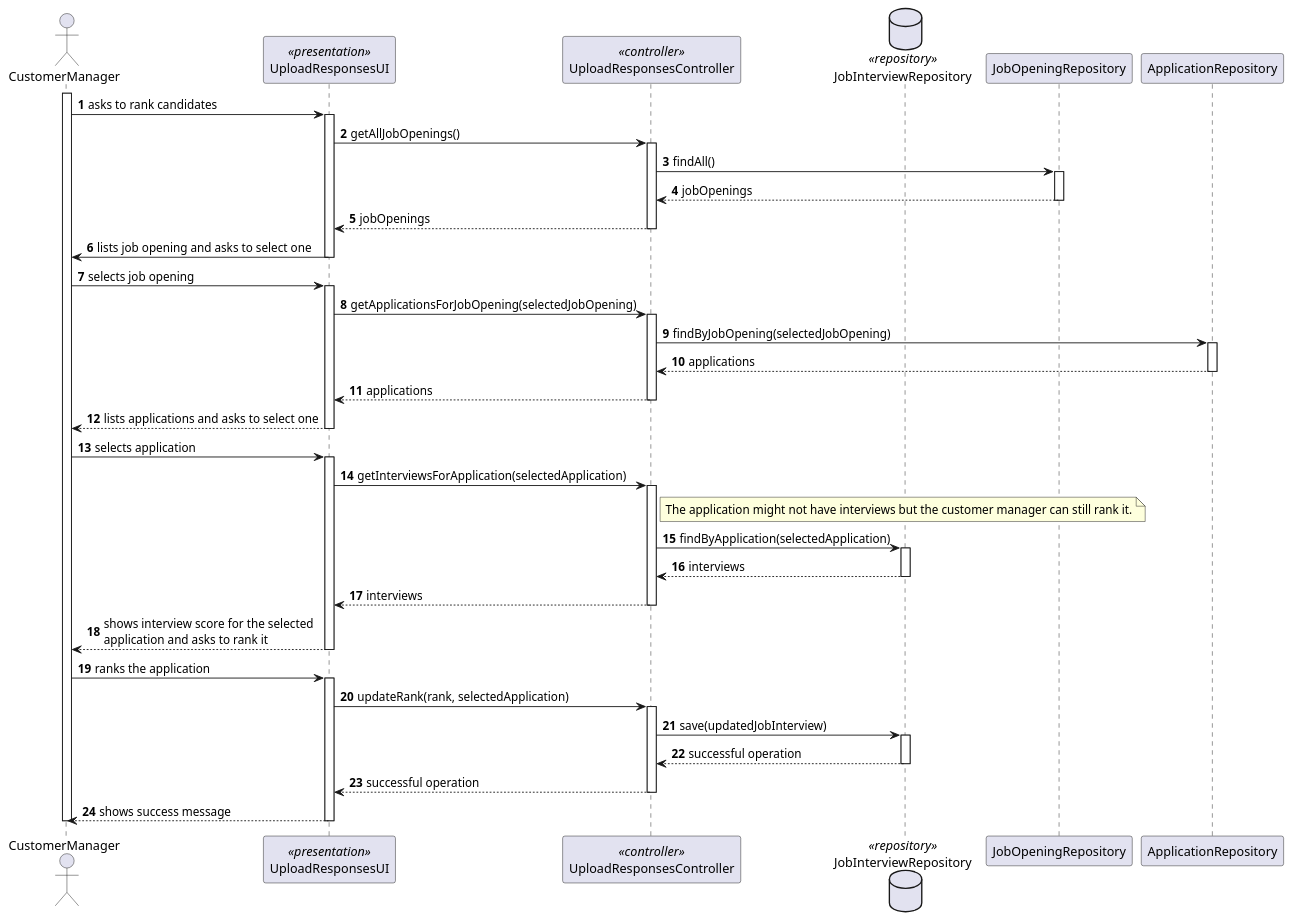
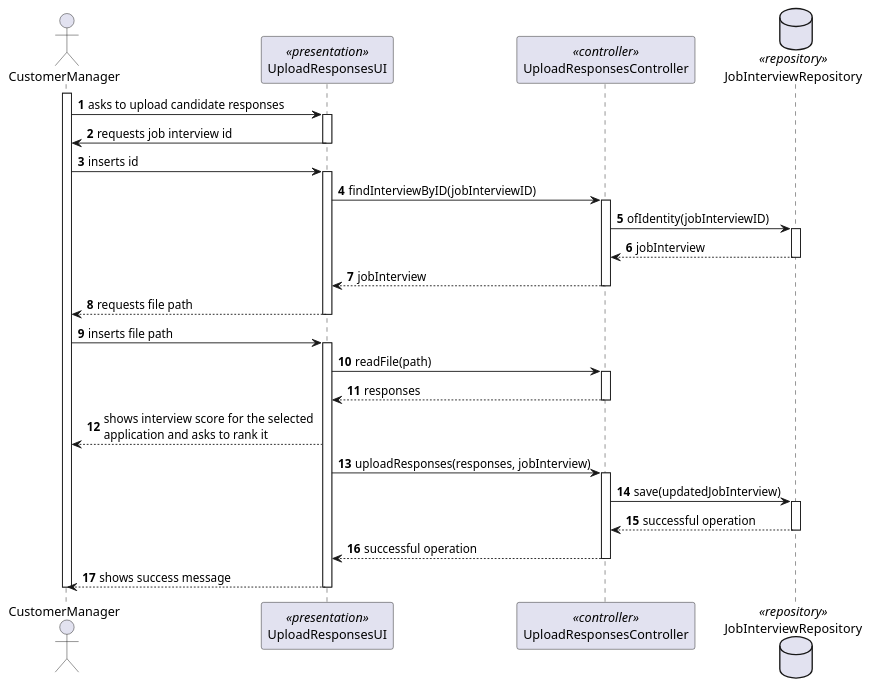
The diagram in docs/SprintC/upload-text-file-with-responses/sequence-diagram.puml (MiguelCardoso77/LAPR4), drawn with PlantUML before and after one commit. The commit also changed 2 other files, not shown here.

```diff
--- a/docs/SprintC/upload-text-file-with-responses/sequence-diagram.puml
+++ b/docs/SprintC/upload-text-file-with-responses/sequence-diagram.puml
@@ -1,89 +1,65 @@
 @startuml
 autonumber
 
 actor CustomerManager
 
 participant UploadResponsesUI <<presentation>>
 participant UploadResponsesController <<controller>>
 
 database JobInterviewRepository <<repository>>
 
 activate CustomerManager
 
-    CustomerManager -> UploadResponsesUI : asks to rank candidates
+    CustomerManager -> UploadResponsesUI : asks to upload candidate responses
     activate UploadResponsesUI
 
-        UploadResponsesUI -> UploadResponsesController : getAllJobOpenings()
+        UploadResponsesUI -> CustomerManager : requests job interview id
+    deactivate UploadResponsesUI
+
+    CustomerManager -> UploadResponsesUI : inserts id
+    activate UploadResponsesUI
+
+        UploadResponsesUI -> UploadResponsesController : findInterviewByID(jobInterviewID)
         activate UploadResponsesController
 
-            UploadResponsesController -> JobOpeningRepository : findAll()
-            activate JobOpeningRepository
+            UploadResponsesController -> JobInterviewRepository : ofIdentity(jobInterviewID)
+            activate JobInterviewRepository
 
-                JobOpeningRepository --> UploadResponsesController : jobOpenings
-            deactivate JobOpeningRepository
+                JobInterviewRepository --> UploadResponsesController : jobInterview
+            deactivate JobInterviewRepository
 
-            UploadResponsesController --> UploadResponsesUI : jobOpenings
+            UploadResponsesController --> UploadResponsesUI : jobInterview
         deactivate UploadResponsesController
 
-        UploadResponsesUI -> CustomerManager : lists job opening and asks to select one
+        UploadResponsesUI --> CustomerManager : requests file path
     deactivate UploadResponsesUI
 
-    CustomerManager -> UploadResponsesUI : selects job opening
+    CustomerManager -> UploadResponsesUI : inserts file path
     activate UploadResponsesUI
 
-        UploadResponsesUI -> UploadResponsesController : getApplicationsForJobOpening(selectedJobOpening)
+        UploadResponsesUI -> UploadResponsesController : readFile(path)
         activate UploadResponsesController
 
-            UploadResponsesController -> ApplicationRepository : findByJobOpening(selectedJobOpening)
-            activate ApplicationRepository
-
-                ApplicationRepository --> UploadResponsesController : applications
-            deactivate ApplicationRepository
-
-            UploadResponsesController --> UploadResponsesUI : applications
-        deactivate UploadResponsesController
-
-        UploadResponsesUI --> CustomerManager : lists applications and asks to select one
-    deactivate UploadResponsesUI
-
-    CustomerManager -> UploadResponsesUI : selects application
-    activate UploadResponsesUI
-
-        UploadResponsesUI -> UploadResponsesController : getInterviewsForApplication(selectedApplication)
-        activate UploadResponsesController
-            note right of UploadResponsesController
-            The application might not have interviews but the customer manager can still rank it.
-            end note
-            UploadResponsesController -> JobInterviewRepository : findByApplication(selectedApplication)
-            activate JobInterviewRepository
-
-                JobInterviewRepository --> UploadResponsesController : interviews
-            deactivate JobInterviewRepository
-
-            UploadResponsesController --> UploadResponsesUI : interviews
+            UploadResponsesController --> UploadResponsesUI : responses
         deactivate UploadResponsesController
 
         UploadResponsesUI --> CustomerManager : shows interview score for the selected \napplication and asks to rank it
-    deactivate UploadResponsesUI
 
-    CustomerManager -> UploadResponsesUI : ranks the application
-    activate UploadResponsesUI
-
-        UploadResponsesUI -> UploadResponsesController : updateRank(rank, selectedApplication)
+        UploadResponsesUI -> UploadResponsesController : uploadResponses(responses, jobInterview)
         activate UploadResponsesController
 
             UploadResponsesController -> JobInterviewRepository : save(updatedJobInterview)
             activate JobInterviewRepository
 
                 JobInterviewRepository --> UploadResponsesController : successful operation
             deactivate JobInterviewRepository
 
             UploadResponsesController --> UploadResponsesUI : successful operation
         deactivate UploadResponsesController
 
         UploadResponsesUI --> CustomerManager : shows success message
     deactivate UploadResponsesUI
 
 deactivate CustomerManager
 
 @enduml
```
